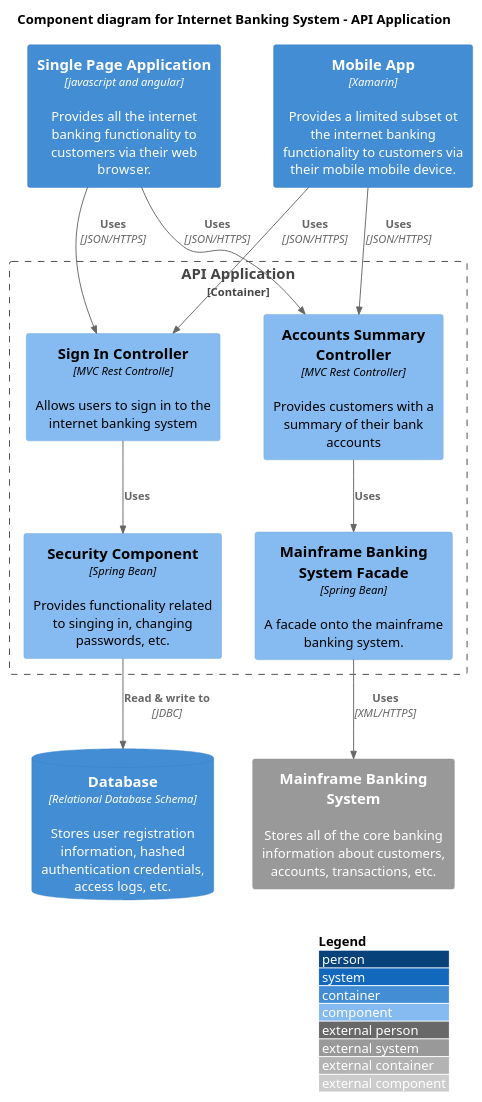
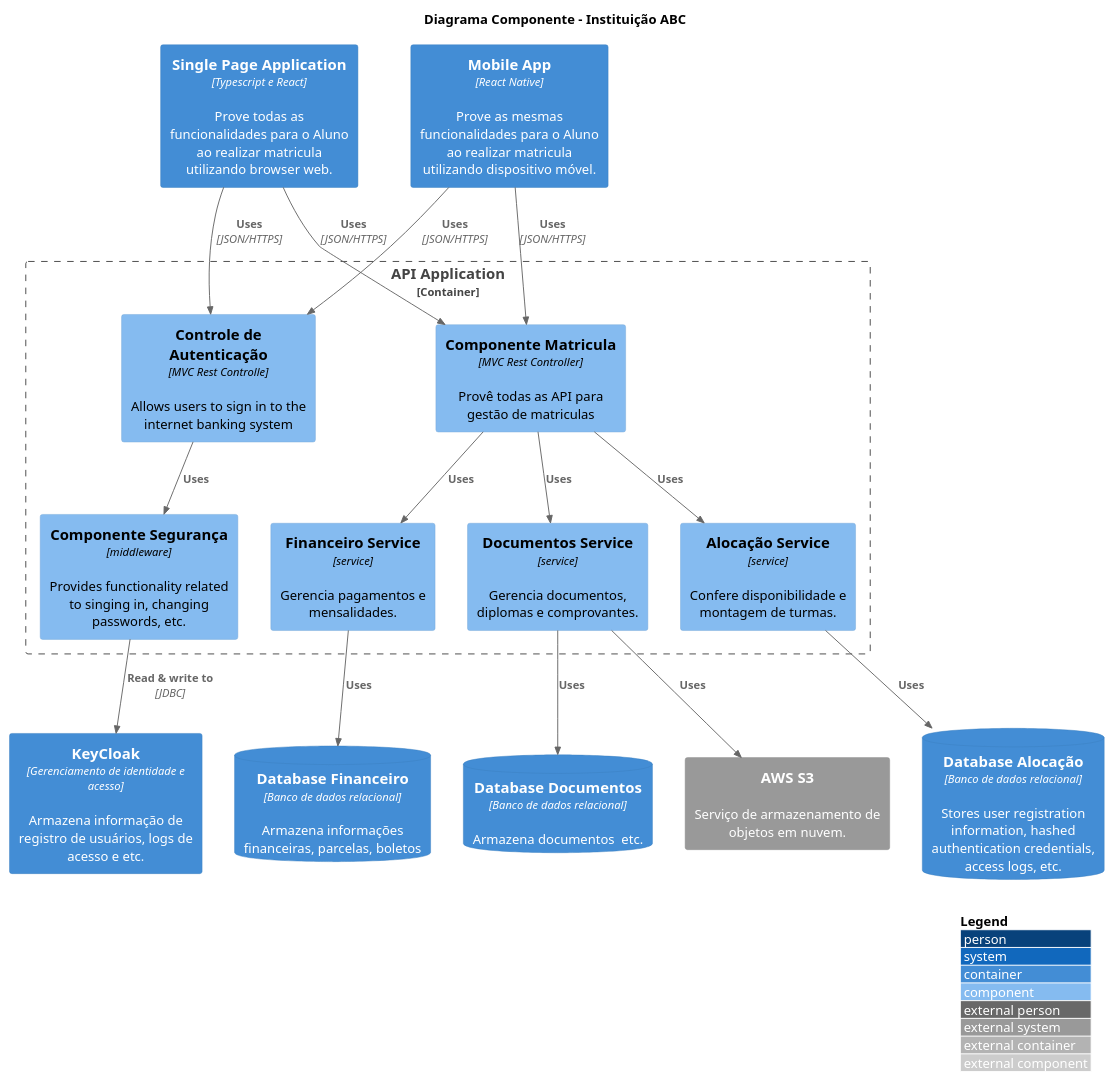
One commit to PosGraduacaoEquipe7/diagramas-plant-uml changed the diagram in c4model/nivel_3_componente_diagrama.puml. Above: the diagram before and after it, drawn with PlantUML. The commit also changed other lines of this file and 1 other file, not shown here.

```diff
--- a/c4model/nivel_3_componente_diagrama.puml
+++ b/c4model/nivel_3_componente_diagrama.puml
@@ -1,32 +1,44 @@
 @startuml
-!include https://raw.githubusercontent.com/plantuml-stdlib/C4-PlantUML/master/C4_Component.puml
+'!include https://raw.githubusercontent.com/plantuml-stdlib/C4-PlantUML/master/C4_Component.puml
 ' uncomment the following line and comment the first to use locally
-' !include C4_Component.puml
+!include C4_Component.puml
 
 LAYOUT_WITH_LEGEND()
 
-title Component diagram for Internet Banking System - API Application
+title Diagrama Componente - Instituição ABC
 
-Container(spa, "Single Page Application", "javascript and angular", "Provides all the internet banking functionality to customers via their web browser.")
-Container(ma, "Mobile App", "Xamarin", "Provides a limited subset ot the internet banking functionality to customers via their mobile mobile device.")
-ContainerDb(db, "Database", "Relational Database Schema", "Stores user registration information, hashed authentication credentials, access logs, etc.")
-System_Ext(mbs, "Mainframe Banking System", "Stores all of the core banking information about customers, accounts, transactions, etc.")
+Container(spa, "Single Page Application", "Typescript e React", "Prove todas as funcionalidades para o Aluno ao realizar matricula utilizando browser web.")
+Container(ma, "Mobile App", "React Native", "Prove as mesmas funcionalidades para o Aluno ao realizar matricula utilizando dispositivo móvel.")
+System_Ext(s3, "AWS S3", "Serviço de armazenamento de objetos em nuvem.")
+ContainerDb(dbDoc, "Database Documentos", "Banco de dados relacional", "Armazena documentos  etc.")
+ContainerDb(dbFin, "Database Financeiro ", "Banco de dados relacional", "Armazena informações financeiras, parcelas, boletos")
+ContainerDb(dbAloc, "Database Alocação", "Banco de dados relacional", "Stores user registration information, hashed authentication credentials, access logs, etc.")
+
+Container(keycloak, "KeyCloak", "Gerenciamento de identidade e acesso", "Armazena informação de registro de usuários, logs de acesso e etc.")
 
 Container_Boundary(api, "API Application") {
-    Component(sign, "Sign In Controller", "MVC Rest Controlle", "Allows users to sign in to the internet banking system")
-    Component(accounts, "Accounts Summary Controller", "MVC Rest Controller", "Provides customers with a summary of their bank accounts")
-    Component(security, "Security Component", "Spring Bean", "Provides functionality related to singing in, changing passwords, etc.")
-    Component(mbsfacade, "Mainframe Banking System Facade", "Spring Bean", "A facade onto the mainframe banking system.")
+    Component(sign, "Controle de Autenticação", "MVC Rest Controlle", "Allows users to sign in to the internet banking system")
+    Component(matricula, "Componente Matricula", "MVC Rest Controller", "Provê todas as API para gestão de matriculas")
+    Component(security, "Componente Segurança", "middleware", "Provides functionality related to singing in, changing passwords, etc.")
+    Component(docsService, "Documentos Service", "service", "Gerencia documentos, diplomas e comprovantes.")
+    Component(alocacaoService, "Alocação Service", "service", "Confere disponibilidade e montagem de turmas.")
+    Component(financeiroService, "Financeiro Service", "service", "Gerencia pagamentos e mensalidades.")
 
     Rel(sign, security, "Uses")
-    Rel(accounts, mbsfacade, "Uses")
-    Rel(security, db, "Read & write to", "JDBC")
-    Rel(mbsfacade, mbs, "Uses", "XML/HTTPS")
+    Rel(security, keycloak, "Read & write to", "JDBC")
+    Rel(matricula, financeiroService, "Uses")
+    Rel(matricula, docsService, "Uses")
+    Rel(matricula, alocacaoService, "Uses")
 }
 
 Rel(spa, sign, "Uses", "JSON/HTTPS")
-Rel(spa, accounts, "Uses", "JSON/HTTPS")
+Rel(spa, matricula, "Uses", "JSON/HTTPS")
 
 Rel(ma, sign, "Uses", "JSON/HTTPS")
-Rel(ma, accounts, "Uses", "JSON/HTTPS")
+Rel(ma, matricula, "Uses", "JSON/HTTPS")
+
+Rel(financeiroService, dbFin, "Uses")
+Rel(docsService, dbDoc, "Uses")
+Rel(docsService, s3, "Uses")
+Rel(alocacaoService, dbAloc, "Uses")
 @enduml
```
